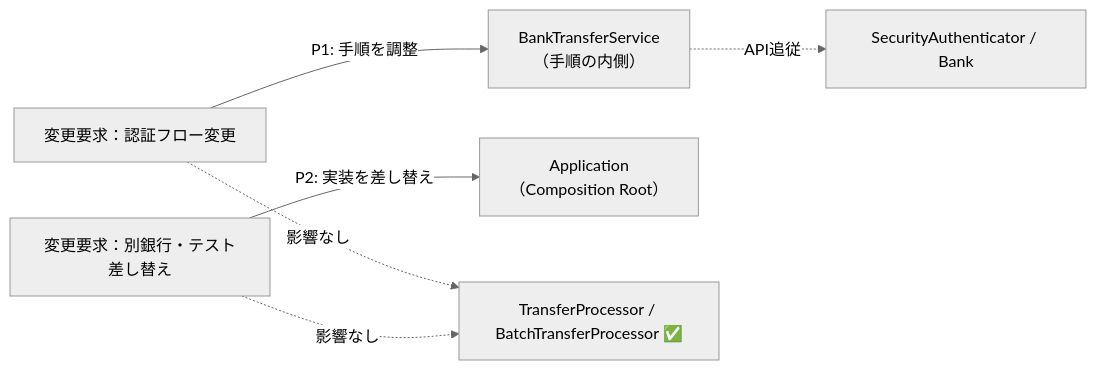
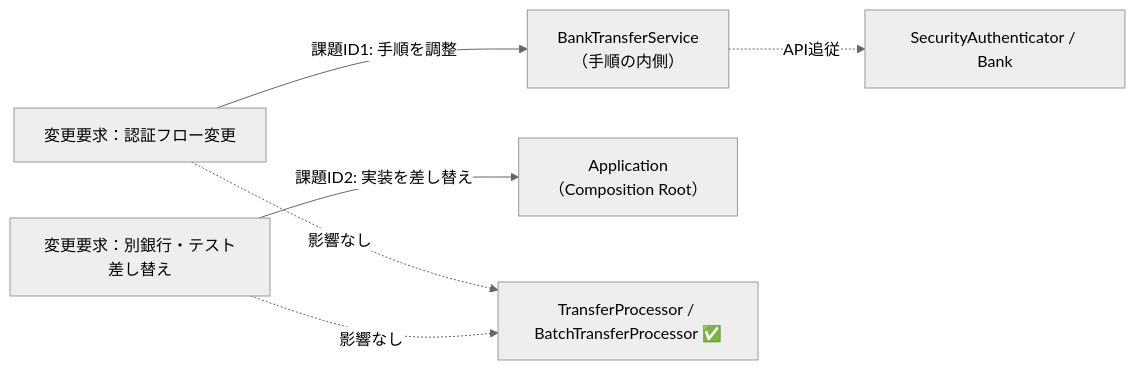
Before and after one commit to kumachan1101-pixel/DesignPattern: diagram 13 of 15 in kindle/design-patterns/output/chapter02.md, drawn with Mermaid (neutral theme). The commit also changed other lines of this file and 43 other files, not shown here.

````diff
--- a/kindle/design-patterns/output/chapter02.md
+++ b/kindle/design-patterns/output/chapter02.md
@@ -2019,10 +2061,10 @@
 ```mermaid
 graph LR
     T1["変更要求：認証フロー変更"]
-        -->|"P1: 手順を調整"| F1["BankTransferService<br>（手順の内側）"]
-    F1 -.->|"API追従"| S1["SecurityAuthenticator / Bank"]
+        -->|"課題ID1: 手順を調整"| N1["BankTransferService<br>（手順の内側）"]
+    N1 -.->|"API追従"| S1["SecurityAuthenticator / Bank"]
     T2["変更要求：別銀行・テスト差し替え"]
-        -->|"P2: 実装を差し替え"| F2["Application<br>（Composition Root）"]
+        -->|"課題ID2: 実装を差し替え"| N2["Application<br>（Composition Root）"]
     T1 -.->|"影響なし"| A["TransferProcessor / BatchTransferProcessor ✅"]
     T2 -.->|"影響なし"| A
 ```
````
